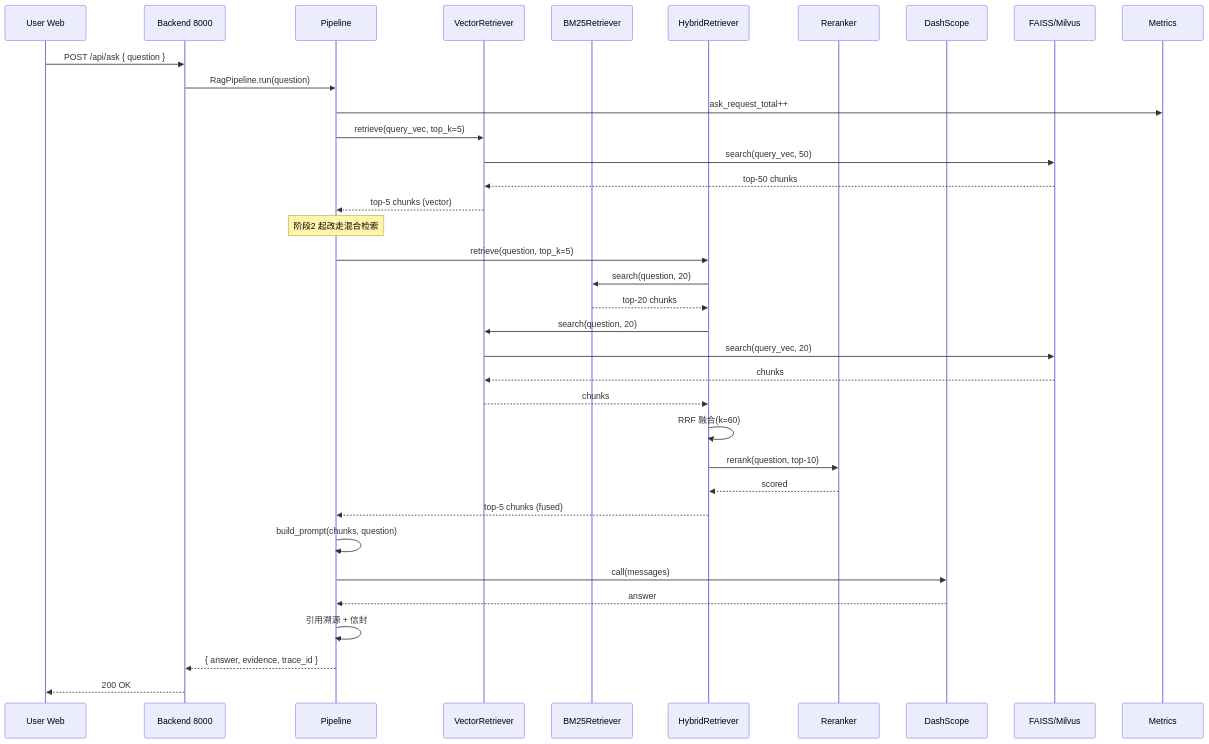
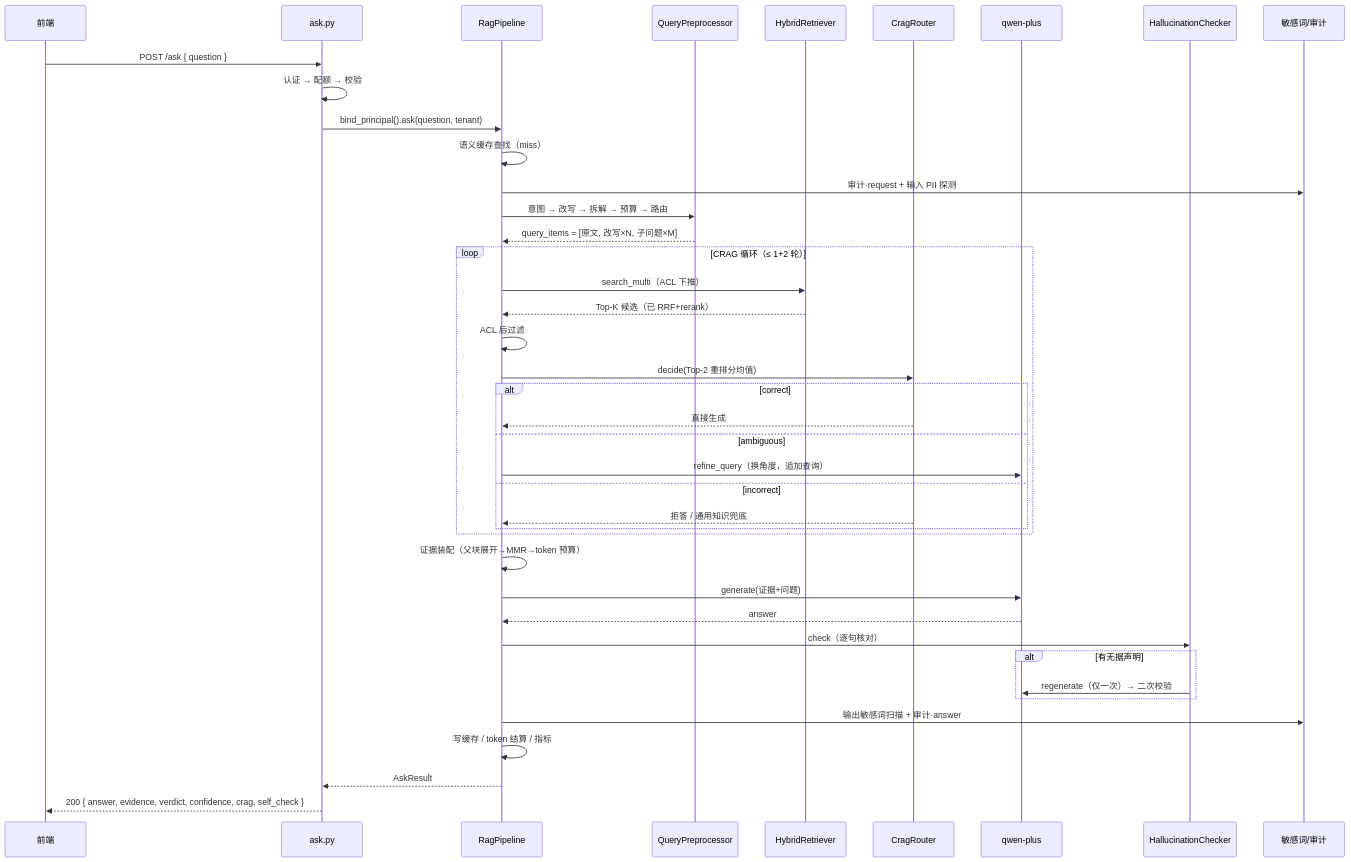
One commit to lzptouch/Kquery changed the second of 4 diagrams in doc/analysis/链路分析.md. Above: the diagram before and after it, drawn with Mermaid. The commit also changed other lines of this file and 598 other files, not shown here.

````diff
--- a/doc/analysis/链路分析.md
+++ b/doc/analysis/链路分析.md
@@ -59,41 +163,44 @@
 ```mermaid
 sequenceDiagram
-    participant U as User Web
-    participant GW as Backend 8000
-    participant P as Pipeline
-    participant VR as VectorRetriever
-    participant BR as BM25Retriever
-    participant HR as HybridRetriever
-    participant RR as Reranker
-    participant LLM as DashScope
-    participant FS as FAISS/Milvus
-    participant MET as Metrics
+    participant U as 前端
+    participant API as ask.py
+    participant P as RagPipeline
+    participant QP as QueryPreprocessor
+    participant H as HybridRetriever
+    participant CRAG as CragRouter
+    participant LLM as qwen-plus
+    participant SC as HallucinationChecker
+    participant SEC as 敏感词/审计
 
-    U->>GW: POST /api/ask { question }
-    GW->>P: RagPipeline.run(question)
-    P->>MET: ask_request_total++
-    P->>VR: retrieve(query_vec, top_k=5)
-    VR->>FS: search(query_vec, 50)
-    FS-->>VR: top-50 chunks
-    VR-->>P: top-5 chunks (vector)
-    
-    Note over P: 阶段2 起改走混合检索
-    P->>HR: retrieve(question, top_k=5)
-    HR->>BR: search(question, 20)
-    BR-->>HR: top-20 chunks
-    HR->>VR: search(question, 20)
-    VR->>FS: search(query_vec, 20)
-    FS-->>VR: chunks
-    VR-->>HR: chunks
-    HR->>HR: RRF 融合(k=60)
-    HR->>RR: rerank(question, top-10)
-    RR-->>HR: scored
-    HR-->>P: top-5 chunks (fused)
-    
-    P->>P: build_prompt(chunks, question)
-    P->>LLM: call(messages)
+    U->>API: POST /ask { question }
+    API->>API: 认证 → 配额 → 校验
+    API->>P: bind_principal().ask(question, tenant)
+    P->>P: 语义缓存查找（miss）
+    P->>SEC: 审计·request + 输入 PII 探测
+    P->>QP: 意图 → 改写 → 拆解 → 预算 → 路由
+    QP-->>P: query_items = [原文, 改写×N, 子问题×M]
+    loop CRAG 循环（≤ 1+2 轮）
+        P->>H: search_multi（ACL 下推）
+        H-->>P: Top-K 候选（已 RRF+rerank）
+        P->>P: ACL 后过滤
+        P->>CRAG: decide(Top-2 重排分均值)
+        alt correct
+            CRAG-->>P: 直接生成
+        else ambiguous
+            P->>LLM: refine_query（换角度，追加查询）
+        else incorrect
+            CRAG-->>P: 拒答 / 通用知识兜底
+        end
+    end
+    P->>P: 证据装配（父块展开→MMR→token 预算）
+    P->>LLM: generate(证据+问题)
     LLM-->>P: answer
-    P->>P: 引用溯源 + 信封
-    P-->>GW: { answer, evidence, trace_id }
-    GW-->>U: 200 OK
+    P->>SC: check（逐句核对）
+    alt 有无据声明
+        SC->>LLM: regenerate（仅一次）→ 二次校验
+    end
+    P->>SEC: 输出敏感词扫描 + 审计·answer
+    P->>P: 写缓存 / token 结算 / 指标
+    P-->>API: AskResult
+    API-->>U: 200 { answer, evidence, verdict, confidence, crag, self_check }
 ```
````
